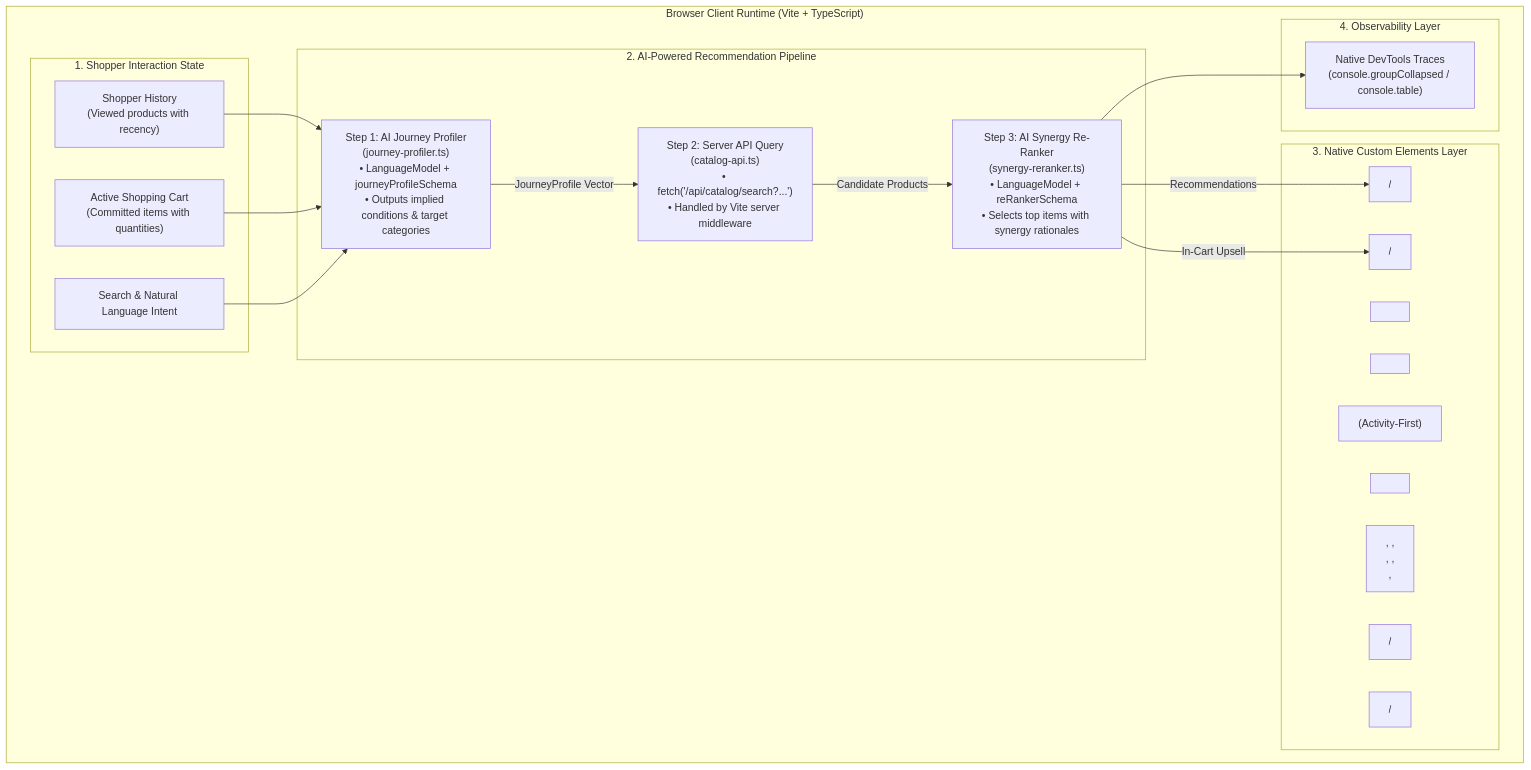
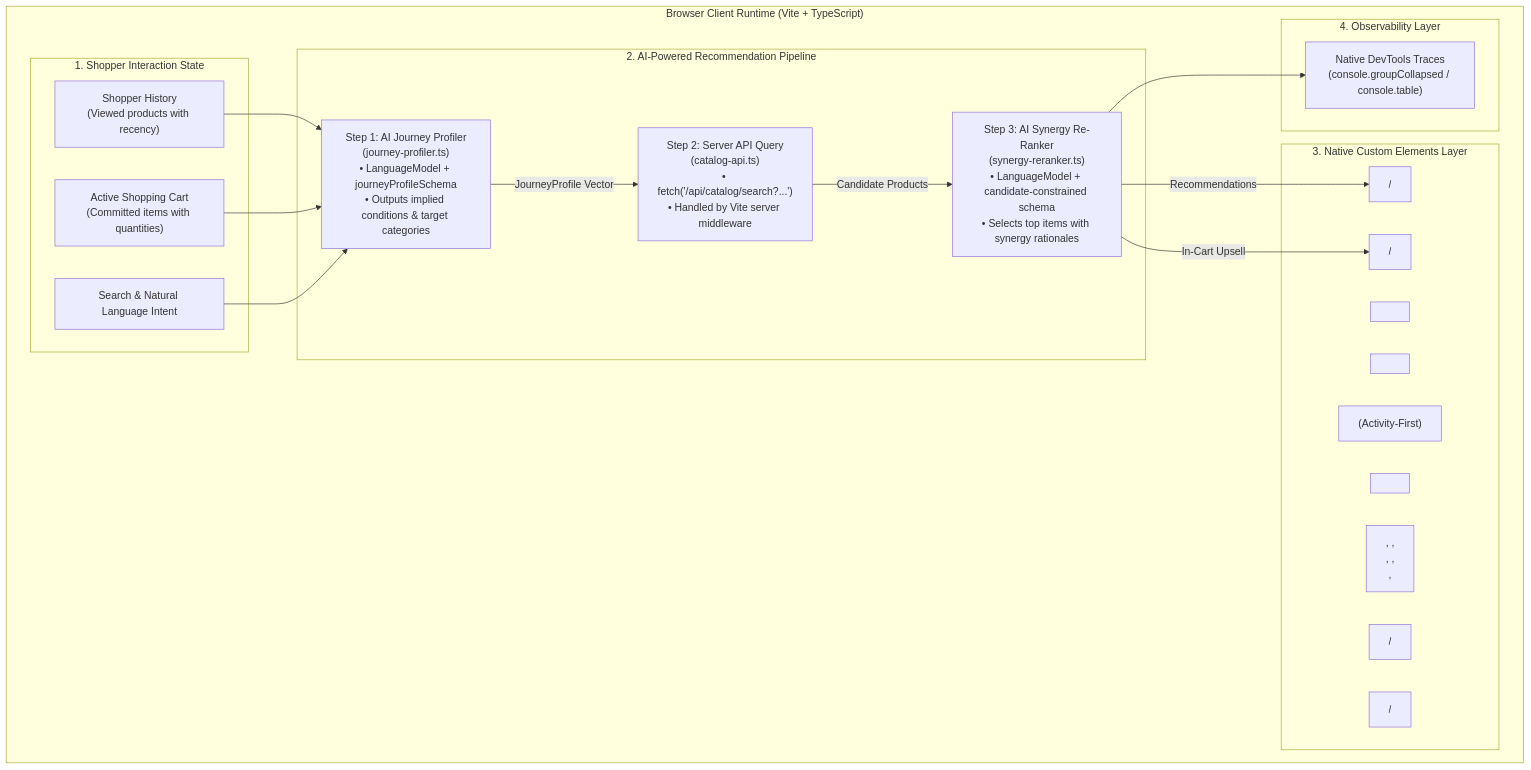
Before and after one commit to GoogleChromeLabs/codelabs: the first of 2 diagrams in ecommerce-ai-enhancements/final/docs/SPEC.md, drawn with Mermaid. The commit also changed other lines of this file and 40 other files, not shown here.

````diff
--- a/ecommerce-ai-enhancements/final/docs/SPEC.md
+++ b/ecommerce-ai-enhancements/final/docs/SPEC.md
@@ -27,41 +27,41 @@
 ```mermaid
 flowchart TD
     subgraph BrowserRuntime["Browser Client Runtime (Vite + TypeScript)"]
         subgraph InteractionLayer["1. Shopper Interaction State"]
             HIST["Shopper History<br/>(Viewed products with recency)"]
             CART["Active Shopping Cart<br/>(Committed items with quantities)"]
             PRMPT["Search & Natural Language Intent"]
         end
 
         subgraph AIRecEngine["2. AI-Powered Recommendation Pipeline"]
             AI1["Step 1: AI Journey Profiler<br/>(journey-profiler.ts)<br/>• LanguageModel + journeyProfileSchema<br/>• Outputs implied conditions & target categories"]
             CATAPI["Step 2: Server API Query<br/>(catalog-api.ts)<br/>• fetch('/api/catalog/search?...')<br/>• Handled by Vite server middleware"]
-            AI2["Step 3: AI Synergy Re-Ranker<br/>(synergy-reranker.ts)<br/>• LanguageModel + reRankerSchema<br/>• Selects top items with synergy rationales"]
+            AI2["Step 3: AI Synergy Re-Ranker<br/>(synergy-reranker.ts)<br/>• LanguageModel + candidate-constrained schema<br/>• Selects top items with synergy rationales"]
         end
 
         subgraph UIComponents["3. Native Custom Elements Layer"]
             MDB["<model-download-bar>"]
             HDR["<site-header>"]
             NAV["<category-nav> (Activity-First)"]
             SRCH["<search-bar>"]
             FACETS["<facet-category>, <facet-activity>,<br/><facet-condition>, <facet-weight>,<br/><facet-price>, <facet-rating>"]
             GRID["<product-grid> / <product-card>"]
             PROD["<product-view> / <specs-table>"]
             RECS["<for-you-strip> / <for-you-card>"]
             DRW["<cart-drawer> / <cart-item>"]
         end
 
         subgraph Observability["4. Observability Layer"]
             TRACE["Native DevTools Traces<br/>(console.groupCollapsed / console.table)"]
         end
     end
 
     HIST --> AI1
     CART --> AI1
     PRMPT --> AI1
     AI1 -- "JourneyProfile Vector" --> CATAPI
     CATAPI -- "Candidate Products" --> AI2
     AI2 -- "Recommendations" --> RECS
     AI2 -- "In-Cart Upsell" --> DRW
     AI2 --> TRACE
 ```
````
